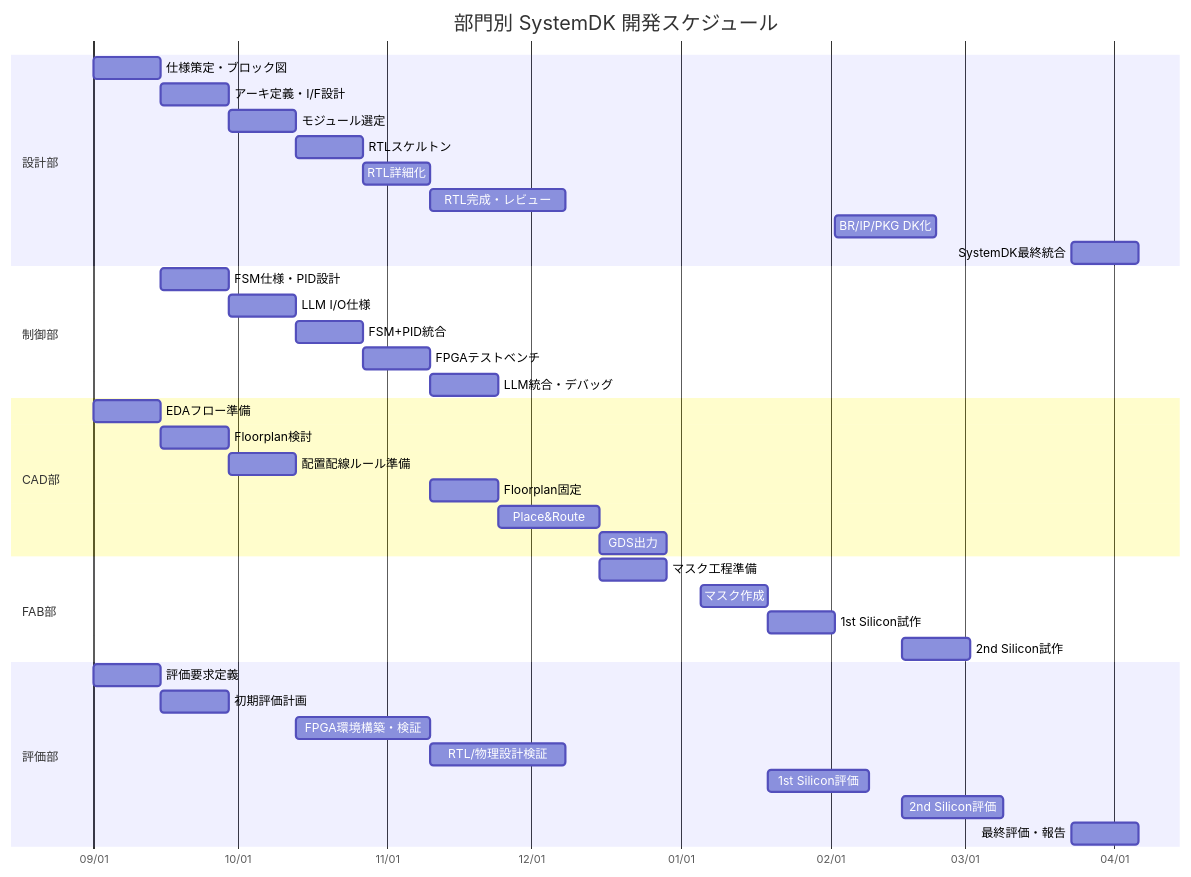
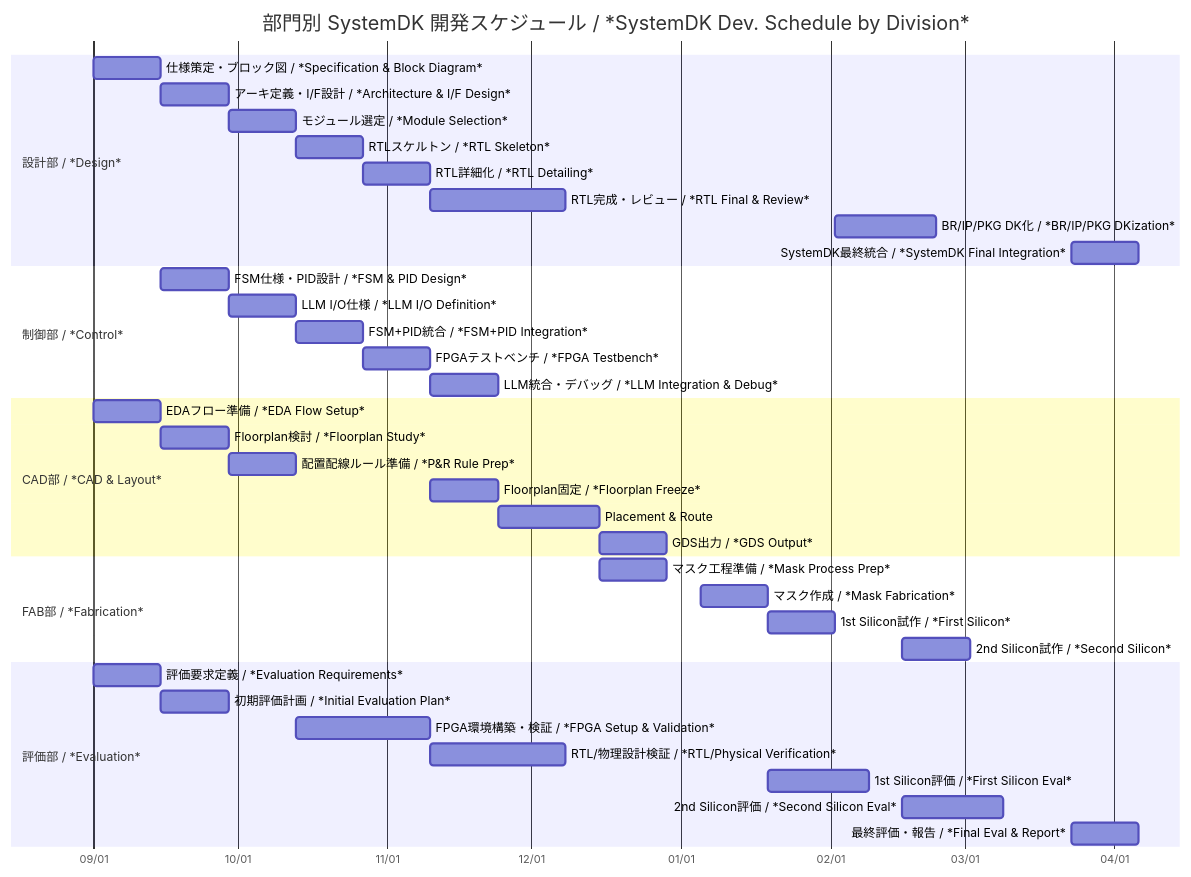
The diagram in f_chapter2a_systemdk/f2a_systemdk_schedule.md (Samizo-AITL/Edusemi-v4x), drawn with Mermaid before and after one commit. The commit also changed other lines of this file, not shown here.

````diff
--- a/f_chapter2a_systemdk/f2a_systemdk_schedule.md
+++ b/f_chapter2a_systemdk/f2a_systemdk_schedule.md
@@ -36,47 +38,47 @@
 ```mermaid
 gantt
-    title 部門別 SystemDK 開発スケジュール
+    title 部門別 SystemDK 開発スケジュール / *SystemDK Dev. Schedule by Division*
     dateFormat  YYYY-MM-DD
     axisFormat  %m/%d
     todayMarker stroke-width:2px,stroke:red,opacity:0.5
 
-    section 設計部
-    仕様策定・ブロック図     :a1, 2025-09-01, 14d
-    アーキ定義・I/F設計      :a2, 2025-09-15, 14d
-    モジュール選定           :a3, 2025-09-29, 14d
-    RTLスケルトン            :a4, 2025-10-13, 14d
-    RTL詳細化                :a5, 2025-10-27, 14d
-    RTL完成・レビュー        :a6, 2025-11-10, 28d
-    BR/IP/PKG DK化           :a7, 2026-02-02, 21d
-    SystemDK最終統合         :a8, 2026-03-23, 14d
+    section 設計部 / *Design*
+    仕様策定・ブロック図 / *Specification & Block Diagram* :a1, 2025-09-01, 14d
+    アーキ定義・I/F設計 / *Architecture & I/F Design*      :a2, 2025-09-15, 14d
+    モジュール選定 / *Module Selection*                   :a3, 2025-09-29, 14d
+    RTLスケルトン / *RTL Skeleton*                        :a4, 2025-10-13, 14d
+    RTL詳細化 / *RTL Detailing*                           :a5, 2025-10-27, 14d
+    RTL完成・レビュー / *RTL Final & Review*              :a6, 2025-11-10, 28d
+    BR/IP/PKG DK化 / *BR/IP/PKG DKization*                :a7, 2026-02-02, 21d
+    SystemDK最終統合 / *SystemDK Final Integration*       :a8, 2026-03-23, 14d
 
-    section 制御部
-    FSM仕様・PID設計        :b1, 2025-09-15, 14d
-    LLM I/O仕様             :b2, 2025-09-29, 14d
-    FSM+PID統合             :b3, 2025-10-13, 14d
-    FPGAテストベンチ        :b4, 2025-10-27, 14d
-    LLM統合・デバッグ       :b5, 2025-11-10, 14d
+    section 制御部 / *Control*
+    FSM仕様・PID設計 / *FSM & PID Design*                 :b1, 2025-09-15, 14d
+    LLM I/O仕様 / *LLM I/O Definition*                    :b2, 2025-09-29, 14d
+    FSM+PID統合 / *FSM+PID Integration*                   :b3, 2025-10-13, 14d
+    FPGAテストベンチ / *FPGA Testbench*                   :b4, 2025-10-27, 14d
+    LLM統合・デバッグ / *LLM Integration & Debug*         :b5, 2025-11-10, 14d
 
-    section CAD部
-    EDAフロー準備           :c1, 2025-09-01, 14d
-    Floorplan検討           :c2, 2025-09-15, 14d
-    配置配線ルール準備       :c3, 2025-09-29, 14d
-    Floorplan固定           :c4, 2025-11-10, 14d
-    Place&Route             :c5, 2025-11-24, 21d
-    GDS出力                 :c6, 2025-12-15, 14d
+    section CAD部 / *CAD & Layout*
+    EDAフロー準備 / *EDA Flow Setup*                      :c1, 2025-09-01, 14d
+    Floorplan検討 / *Floorplan Study*                     :c2, 2025-09-15, 14d
+    配置配線ルール準備 / *P&R Rule Prep*                  :c3, 2025-09-29, 14d
+    Floorplan固定 / *Floorplan Freeze*                    :c4, 2025-11-10, 14d
+    Placement & Route                                     :c5, 2025-11-24, 21d
+    GDS出力 / *GDS Output*                                :c6, 2025-12-15, 14d
 
-    section FAB部
-    マスク工程準備           :d1, 2025-12-15, 14d
-    マスク作成              :d2, 2026-01-05, 14d
-    1st Silicon試作         :d3, 2026-01-19, 14d
-    2nd Silicon試作         :d4, 2026-02-16, 14d
+    section FAB部 / *Fabrication*
+    マスク工程準備 / *Mask Process Prep*                  :d1, 2025-12-15, 14d
+    マスク作成 / *Mask Fabrication*                       :d2, 2026-01-05, 14d
+    1st Silicon試作 / *First Silicon*                     :d3, 2026-01-19, 14d
+    2nd Silicon試作 / *Second Silicon*                    :d4, 2026-02-16, 14d
 
-    section 評価部
-    評価要求定義            :e1, 2025-09-01, 14d
-    初期評価計画            :e2, 2025-09-15, 14d
-    FPGA環境構築・検証       :e3, 2025-10-13, 28d
-    RTL/物理設計検証        :e4, 2025-11-10, 28d
-    1st Silicon評価         :e5, 2026-01-19, 21d
-    2nd Silicon評価         :e6, 2026-02-16, 21d
-    最終評価・報告           :e7, 2026-03-23, 14d
+    section 評価部 / *Evaluation*
+    評価要求定義 / *Evaluation Requirements*              :e1, 2025-09-01, 14d
+    初期評価計画 / *Initial Evaluation Plan*              :e2, 2025-09-15, 14d
+    FPGA環境構築・検証 / *FPGA Setup & Validation*        :e3, 2025-10-13, 28d
+    RTL/物理設計検証 / *RTL/Physical Verification*        :e4, 2025-11-10, 28d
+    1st Silicon評価 / *First Silicon Eval*                :e5, 2026-01-19, 21d
+    2nd Silicon評価 / *Second Silicon Eval*               :e6, 2026-02-16, 21d
+    最終評価・報告 / *Final Eval & Report*                :e7, 2026-03-23, 14d
 ```
````
